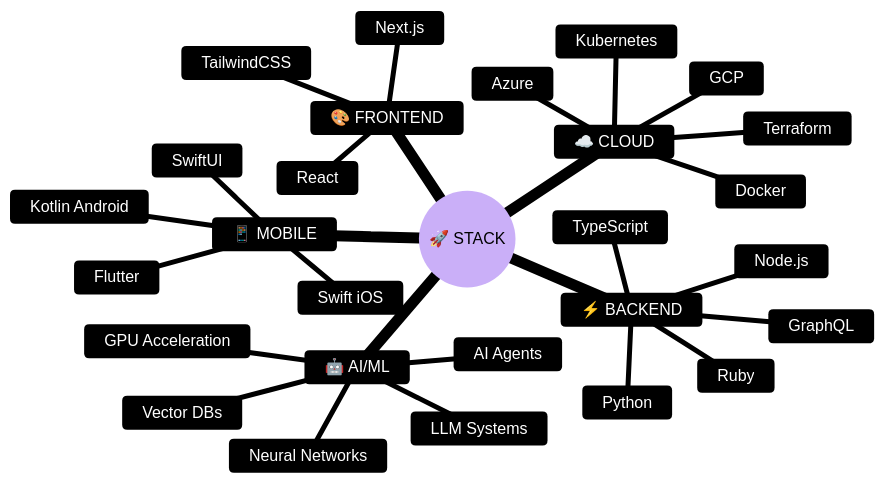
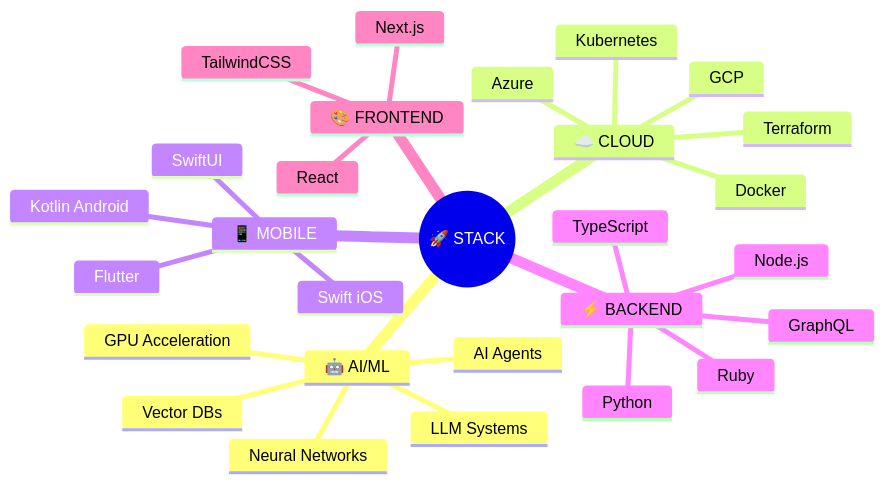
Before and after one commit to yash1511-bogam/yash1511-bogam: the first of 3 diagrams in README.md, drawn with Mermaid.

Commit message:
Use default mermaid theme for proper dark mode

````diff
--- a/README.md
+++ b/README.md
@@ -24,32 +24,31 @@
 ```mermaid
-%%{init: {'theme': 'base', 'themeVariables': {'primaryColor': '#7c3aed', 'primaryTextColor': '#ffffff', 'secondaryColor': '#06b6d4', 'tertiaryColor': '#1a1a2e', 'primaryBorderColor': '#06b6d4', 'lineColor': '#ec4899', 'fontFamily': 'arial', 'darkMode': true, 'background': '#0d1117', 'mainBkg': '#0d1117', 'secondBkg': '#1a1a2e', 'border1': '#06b6d4', 'border2': '#7c3aed', 'note': '#1a1a2e', 'text': '#ffffff', 'nodeTextColor': '#ffffff'}}}%%
 mindmap
   root((🚀 STACK))
     🤖 AI/ML
       GPU Acceleration
       LLM Systems
       Neural Networks
       AI Agents
       Vector DBs
     ☁️ CLOUD
       GCP
       Azure
       Kubernetes
       Docker
       Terraform
     📱 MOBILE
       Swift iOS
       Kotlin Android
       Flutter
       SwiftUI
     ⚡ BACKEND
       TypeScript
       Python
       Ruby
       Node.js
       GraphQL
     🎨 FRONTEND
       React
       Next.js
       TailwindCSS
 ```
````
